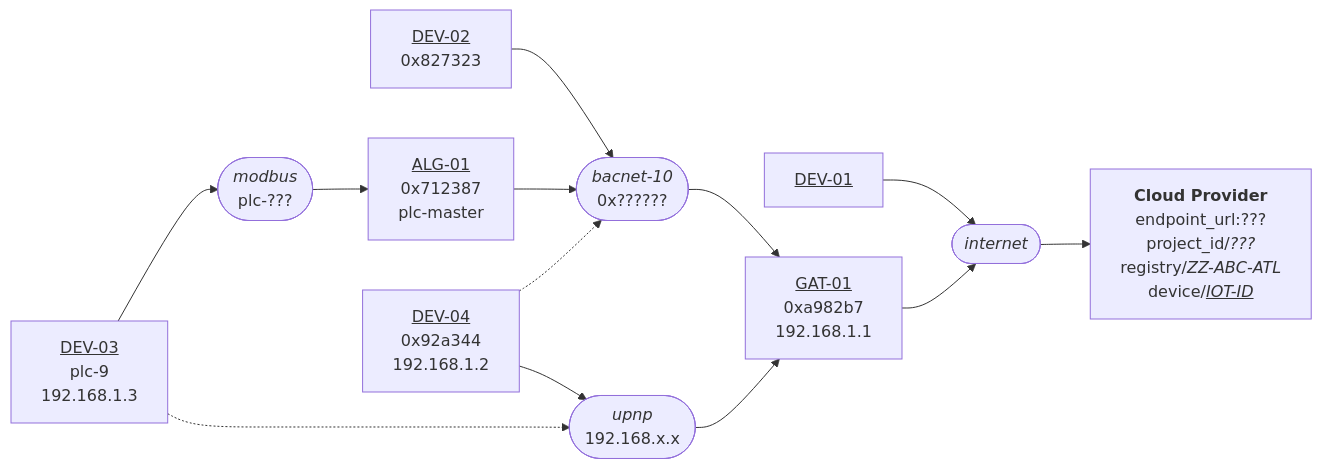
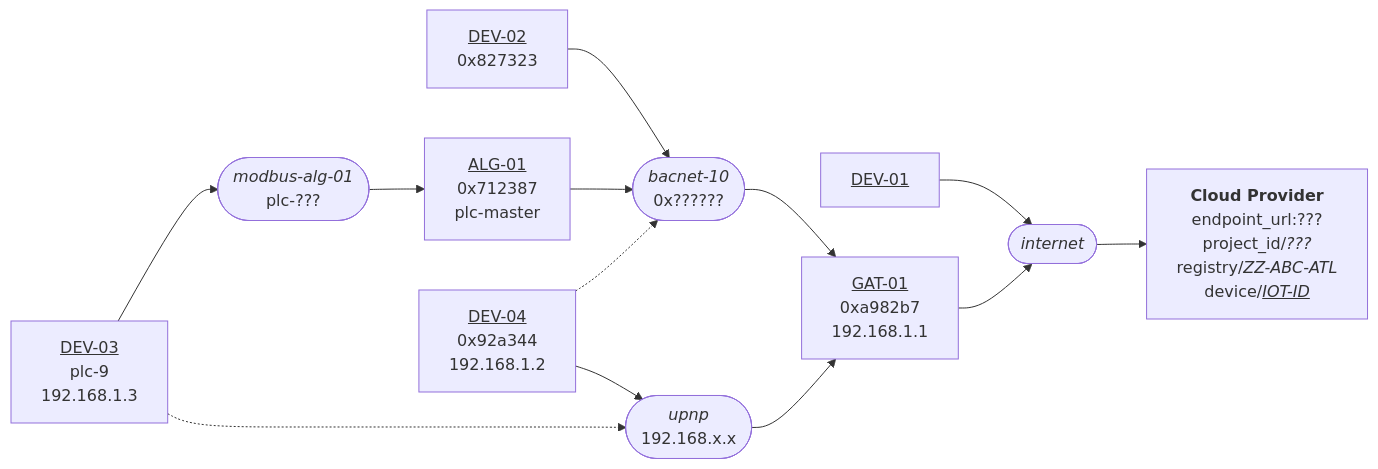
One commit to faucetsdn/udmi changed the diagram in docs/specs/topology.md. Above: the diagram before and after it, drawn with Mermaid. The commit also changed other lines of this file, not shown here.

````diff
--- a/docs/specs/topology.md
+++ b/docs/specs/topology.md
@@ -23,27 +26,27 @@
 ```mermaid
 %%{wrap}%%
 flowchart LR
   D2[<u>DEV-02</u><br/>0x827323]
   D1[<u>DEV-01</u>]
   LG[<u>ALG-01</u><br/>0x712387<br/>plc-master]
   D3[<u>DEV-03</u><br/>plc-9<br/>192.168.1.3]
   D4[<u>DEV-04</u><br/>0x92a344<br/>192.168.1.2]
   IG[<u>GAT-01</u><br/>0xa982b7<br/>192.168.1.1]
   BN([<i>bacnet-10</i><br/>0x??????])
-  MB([<i>modbus</i><br/>plc-???])
+  MB([<i>modbus-alg-01</i><br/>plc-???])
   IP([<i>upnp</i><br/>192.168.x.x])
   IN([<i>internet</i>])
   CP[<b>Cloud Provider</b><br/>endpoint_url:???<br/>project_id/<i>???</i><br/>registry/<i>ZZ-ABC-ATL</i><br/>device/<i><u>IOT-ID</u></i>]
   D2 --> BN
   D4 --> IP
   D3 -.-> IP
   LG --> BN
   D4 -.-> BN
   D1 --> IN
   D3 --> MB
   IG --> IN
   BN --> IG
   IP --> IG
   IN --> CP
   MB --> LG
 ```
````
